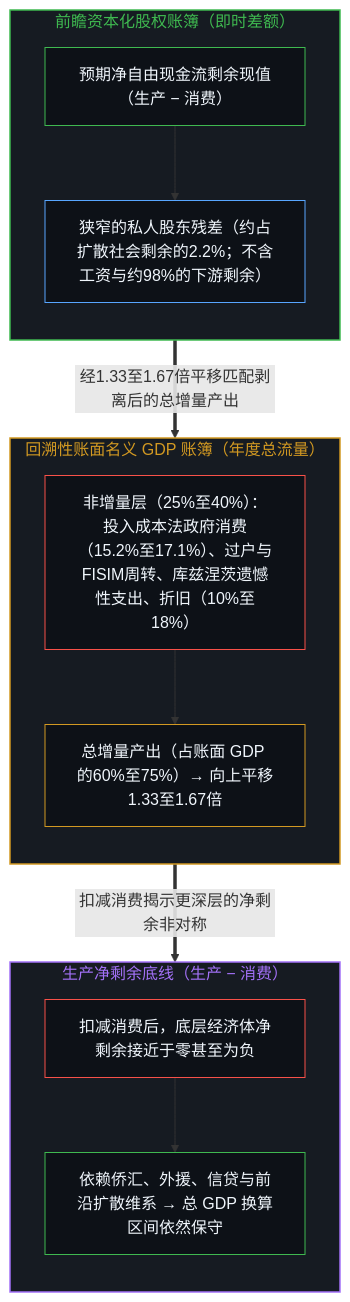
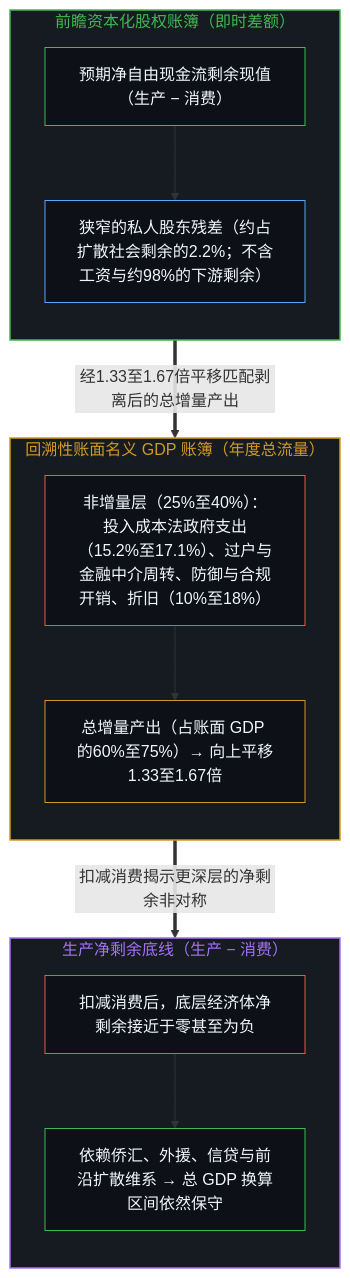
The third of 4 diagrams in content/posts/the-market-repricing-of-productive-base.md (powerpig99/not-a-toe), drawn with Mermaid before and after one commit. The commit also changed other lines of this file and 24 other files, not shown here.

````diff
--- a/content/posts/the-market-repricing-of-productive-base.md
+++ b/content/posts/the-market-repricing-of-productive-base.md
@@ -129,32 +129,32 @@
 ```mermaid
 flowchart TD
     subgraph S_Eq["前瞻资本化股权账簿（即时差额）"]
         direction TB
         E1["预期净自由现金流剩余现值（生产 − 消费）"]
         E2["狭窄的私人股东残差（约占扩散社会剩余的2.2%；不含工资与约98%的下游剩余）"]
         E1 --> E2
     end
     subgraph S_Gdp["回溯性账面名义 GDP 账簿（年度总流量）"]
         direction TB
-        G1["非增量层（25%至40%）：投入成本法政府消费（15.2%至17.1%）、过户与FISIM周转、库兹涅茨遗憾性支出、折旧（10%至18%）"]
+        G1["非增量层（25%至40%）：投入成本法政府支出（15.2%至17.1%）、过户与金融中介周转、防御与合规开销、折旧（10%至18%）"]
         G2["总增量产出（占账面 GDP 的60%至75%）→ 向上平移1.33至1.67倍"]
         G1 --> G2
     end
     subgraph S_Net["生产净剩余底线（生产 − 消费）"]
         direction TB
         N1["扣减消费后，底层经济体净剩余接近于零甚至为负"]
         N2["依赖侨汇、外援、信贷与前沿扩散维系 → 总 GDP 换算区间依然保守"]
         N1 --> N2
     end
     E2 ==>|"经1.33至1.67倍平移匹配剥离后的总增量产出"| G1
     G2 ==>|"扣减消费揭示更深层的净剩余非对称"| N1
     style S_Eq fill:#161b22,stroke:#3fb950,stroke-width:1.5px,color:#3fb950
     style S_Gdp fill:#161b22,stroke:#d29922,stroke-width:1.5px,color:#d29922
     style S_Net fill:#161b22,stroke:#a371f7,stroke-width:1.5px,color:#a371f7
     style E1 fill:#0d1117,stroke:#3fb950,stroke-width:1px,color:#f0f6fc
     style E2 fill:#0d1117,stroke:#58a6ff,stroke-width:1px,color:#f0f6fc
     style G1 fill:#0d1117,stroke:#f85149,stroke-width:1px,color:#f0f6fc
     style G2 fill:#0d1117,stroke:#d29922,stroke-width:1px,color:#f0f6fc
     style N1 fill:#0d1117,stroke:#f85149,stroke-width:1px,color:#f0f6fc
     style N2 fill:#0d1117,stroke:#3fb950,stroke-width:1px,color:#f0f6fc
 ```
````
